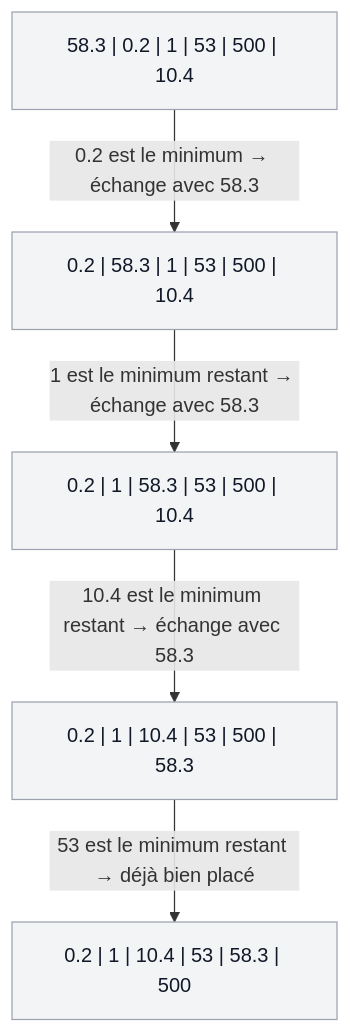
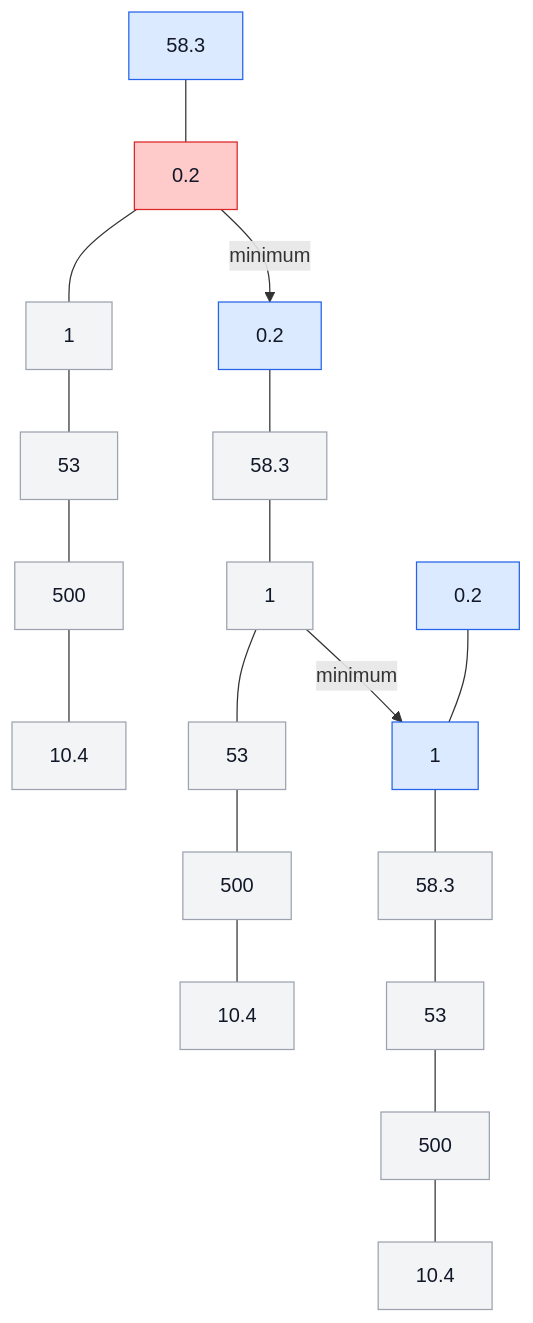
The first of 2 diagrams in cours.md (Ogust1-off/Informatique), drawn with Mermaid before and after one commit. The commit also changed other lines of this file, not shown here.

````diff
--- a/cours.md
+++ b/cours.md
@@ -847,16 +847,35 @@
 ```mermaid
-flowchart TD
-    A["58.3 | 0.2 | 1 | 53 | 500 | 10.4"]
-    B["0.2 | 58.3 | 1 | 53 | 500 | 10.4"]
-    C["0.2 | 1 | 58.3 | 53 | 500 | 10.4"]
-    D["0.2 | 1 | 10.4 | 53 | 500 | 58.3"]
-    E["0.2 | 1 | 10.4 | 53 | 58.3 | 500"]
+flowchart TB
 
-    A -->|"0.2 est le minimum → échange avec 58.3"| B
-    B -->|"1 est le minimum restant → échange avec 58.3"| C
-    C -->|"10.4 est le minimum restant → échange avec 58.3"| D
-    D -->|"53 est le minimum restant → déjà bien placé"| E
+    A1["58.3"]:::sorted
+    A2["0.2"]:::selected
+    A3["1"]:::unsorted
+    A4["53"]:::unsorted
+    A5["500"]:::unsorted
+    A6["10.4"]:::unsorted
 
-    classDef step fill:#f3f4f6,stroke:#9ca3af,color:#111827;
-    class A,B,C,D,E step;
+    B1["0.2"]:::sorted
+    B2["58.3"]:::unsorted
+    B3["1"]:::unsorted
+    B4["53"]:::unsorted
+    B5["500"]:::unsorted
+    B6["10.4"]:::unsorted
+
+    C1["0.2"]:::sorted
+    C2["1"]:::sorted
+    C3["58.3"]:::unsorted
+    C4["53"]:::unsorted
+    C5["500"]:::unsorted
+    C6["10.4"]:::unsorted
+
+    A1 --- A2 --- A3 --- A4 --- A5 --- A6
+    B1 --- B2 --- B3 --- B4 --- B5 --- B6
+    C1 --- C2 --- C3 --- C4 --- C5 --- C6
+
+    A2 -->|"minimum"| B1
+    B3 -->|"minimum"| C2
+
+    classDef sorted fill:#dbeafe,stroke:#2563eb,color:#111827;
+    classDef selected fill:#fecaca,stroke:#dc2626,color:#111827;
+    classDef unsorted fill:#f3f4f6,stroke:#9ca3af,color:#111827;
 ```
````
